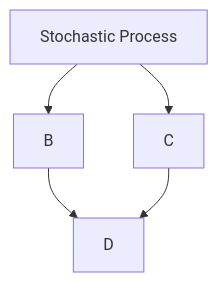
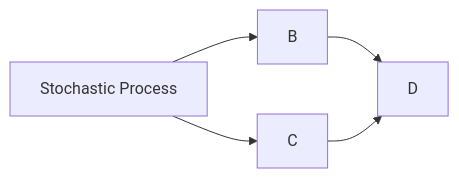
Before and after one commit to fischstreicheln/fischstreicheln.github.io: the diagram in _posts/2018-05-01-markov-chains-introduction.md, drawn with Mermaid. The commit also changed other lines of this file, not shown here.

```diff
--- a/_posts/2018-05-01-markov-chains-introduction.md
+++ b/_posts/2018-05-01-markov-chains-introduction.md
@@ -19,7 +20,7 @@
 <div class="mermaid">
-graph TD;
+graph LR;
     A[Stochastic Process]-->B;
     A-->C;
     B-->D;
     C-->D;
 </div>
```
